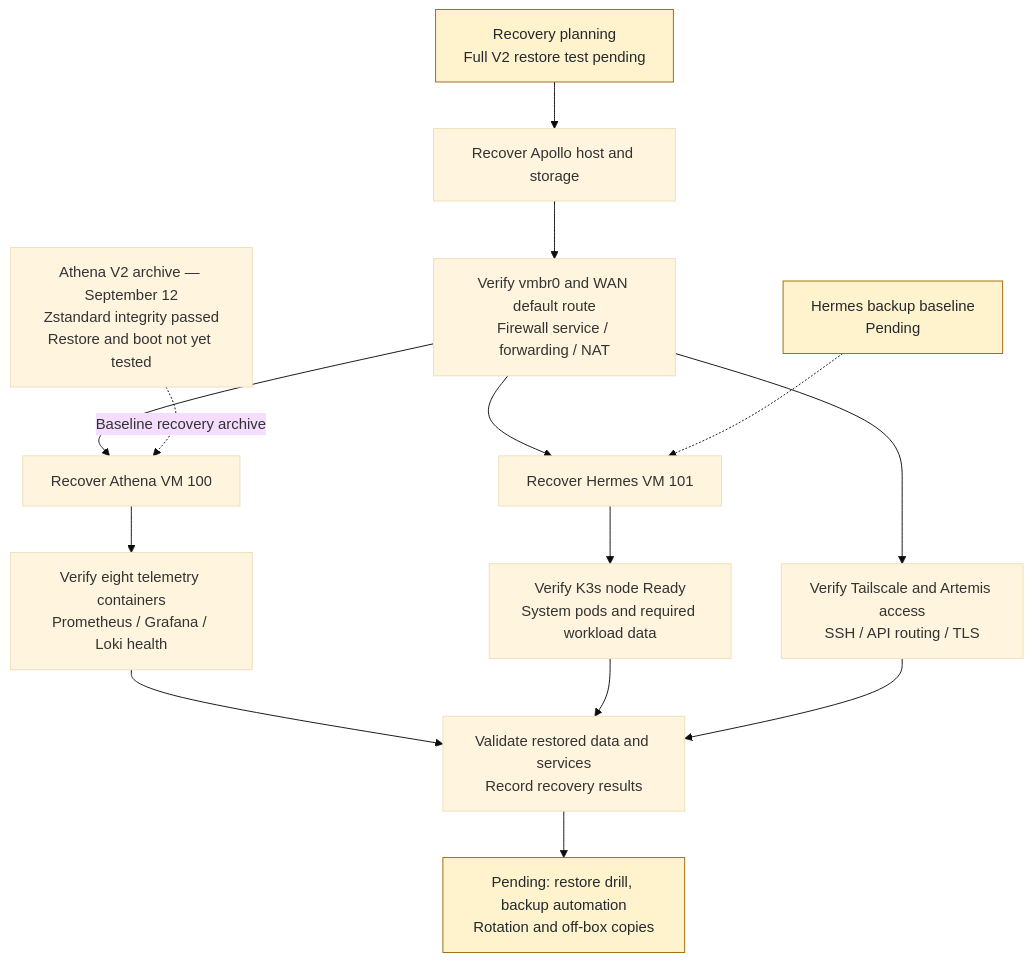
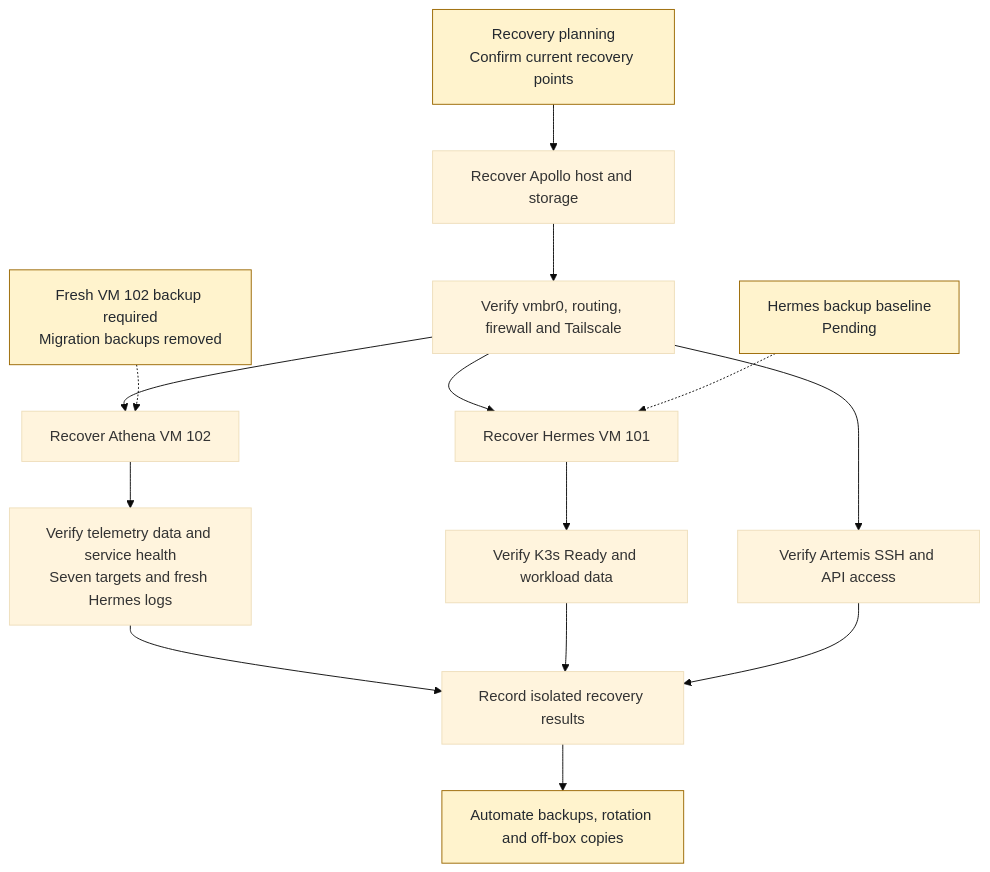
The diagram in docs/disaster-recovery.md (SwapnajXD/HomeLab), drawn with Mermaid (base theme) before and after one commit. The commit also changed other lines of this file and 28 other files, not shown here.

Commit message:
docs: synchronize homelab with Athena migration and Apollo incident

````diff
--- a/docs/disaster-recovery.md
+++ b/docs/disaster-recovery.md
@@ -45,18 +29,18 @@
 ```mermaid
 flowchart TB
-    Start["Recovery planning<br/>Full V2 restore test pending"] --> Apollo["Recover Apollo host and storage"]
-    Apollo --> Network["Verify vmbr0 and WAN default route<br/>Firewall service / forwarding / NAT"]
-    Network --> Athena["Recover Athena VM 100"]
+    Start["Recovery planning<br/>Confirm current recovery points"] --> Apollo["Recover Apollo host and storage"]
+    Apollo --> Network["Verify vmbr0, routing, firewall and Tailscale"]
+    Network --> Athena["Recover Athena VM 102"]
     Network --> Hermes["Recover Hermes VM 101"]
-    Archive["Athena V2 archive — September 12<br/>Zstandard integrity passed<br/>Restore and boot not yet tested"] -.->|Baseline recovery archive| Athena
+    Archive["Fresh VM 102 backup required<br/>Migration backups removed"] -.-> Athena
     HBackup["Hermes backup baseline<br/>Pending"] -.-> Hermes
-    Athena --> Telemetry["Verify eight telemetry containers<br/>Prometheus / Grafana / Loki health"]
-    Hermes --> K3s["Verify K3s node Ready<br/>System pods and required workload data"]
-    Network --> Access["Verify Tailscale and Artemis access<br/>SSH / API routing / TLS"]
-    Telemetry --> Validate["Validate restored data and services<br/>Record recovery results"]
+    Athena --> Telemetry["Verify telemetry data and service health<br/>Seven targets and fresh Hermes logs"]
+    Hermes --> K3s["Verify K3s Ready and workload data"]
+    Network --> Access["Verify Artemis SSH and API access"]
+    Telemetry --> Validate["Record isolated recovery results"]
     K3s --> Validate
     Access --> Validate
-    Validate --> Pending["Pending: restore drill, backup automation<br/>Rotation and off-box copies"]
+    Validate --> Pending["Automate backups, rotation and off-box copies"]
     classDef pending fill:#fff3cd,stroke:#9a6700,color:#24292f;
-    class Start,HBackup,Pending pending;
+    class Start,Archive,HBackup,Pending pending;
 ```
````
